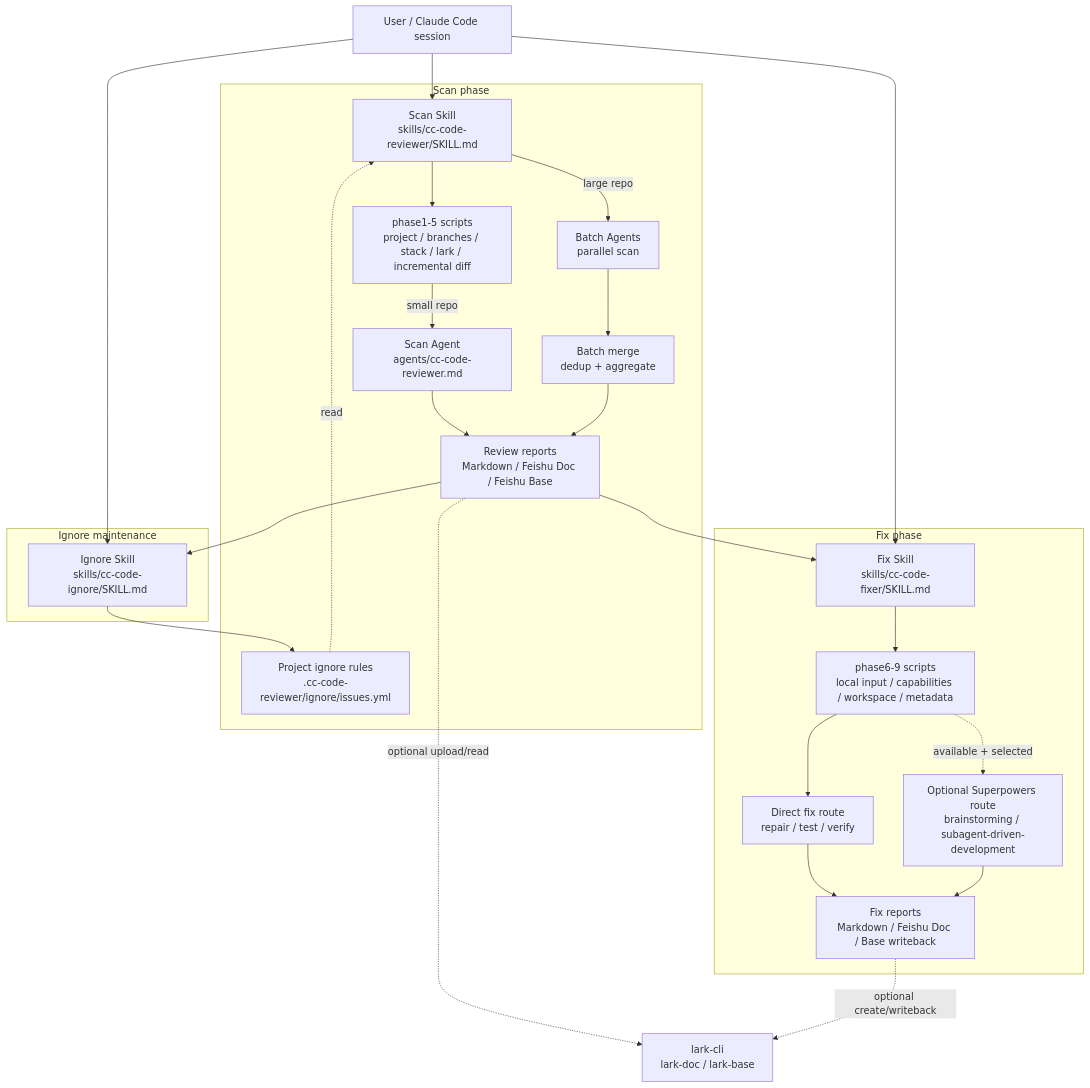
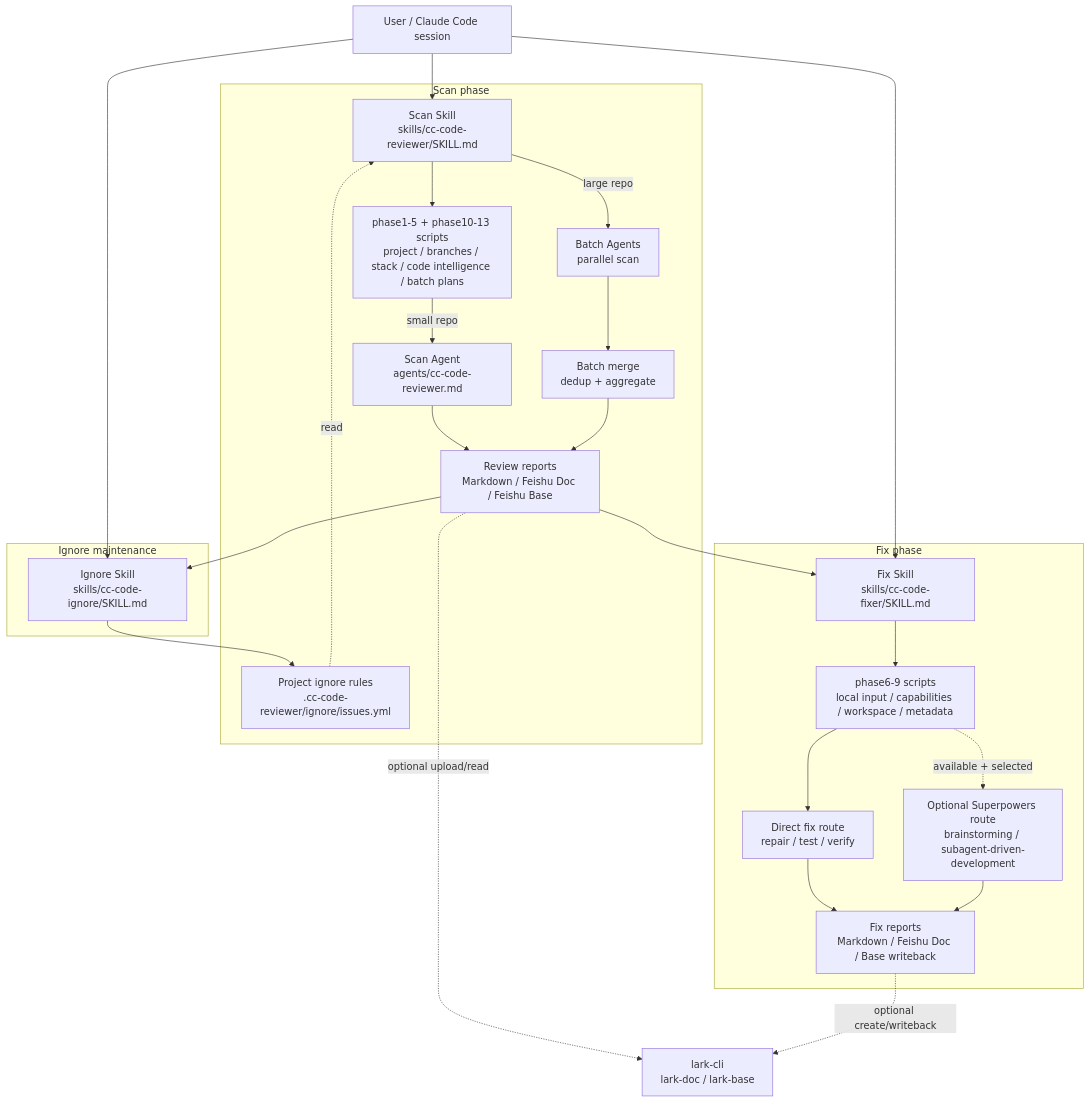
The diagram in AGENTS.md (ataskite/cc-code-reviewer), drawn with Mermaid before and after one commit. The commit also changed other lines of this file and 18 other files, not shown here.

````diff
--- a/AGENTS.md
+++ b/AGENTS.md
@@ -15,45 +15,45 @@
 ```mermaid
 flowchart TD
     User["User / Claude Code session"]
     ReviewSkill["Scan Skill<br/>skills/cc-code-reviewer/SKILL.md"]
     IgnoreSkill["Ignore Skill<br/>skills/cc-code-ignore/SKILL.md"]
     IgnoreRules["Project ignore rules<br/>.cc-code-reviewer/ignore/issues.yml"]
     FixSkill["Fix Skill<br/>skills/cc-code-fixer/SKILL.md"]
     ReviewAgent["Scan Agent<br/>agents/cc-code-reviewer.md"]
     Reports["Review reports<br/>Markdown / Feishu Doc / Feishu Base"]
     FixReports["Fix reports<br/>Markdown / Feishu Doc / Base writeback"]
     Lark["lark-cli<br/>lark-doc / lark-base"]
     DirectFix["Direct fix route<br/>repair / test / verify"]
     OptionalSuperpowers["Optional Superpowers route<br/>brainstorming / subagent-driven-development"]
 
     subgraph ScanPhase["Scan phase"]
-      ReviewSkill --> ScanScripts["phase1-5 scripts<br/>project / branches / stack / lark / incremental diff"]
+      ReviewSkill --> ScanScripts["phase1-5 + phase10-13 scripts<br/>project / branches / stack / code intelligence / batch plans"]
       IgnoreRules -.read.-> ReviewSkill
       ScanScripts -->|"small repo"| ReviewAgent
       ReviewAgent --> Reports
       BatchMerge["Batch merge<br/>dedup + aggregate"]
       ReviewSkill -->|"large repo"| BatchAgents["Batch Agents<br/>parallel scan"]
       BatchAgents --> BatchMerge
       BatchMerge --> Reports
     end
 
     subgraph IgnorePhase["Ignore maintenance"]
       Reports --> IgnoreSkill
       IgnoreSkill --> IgnoreRules
     end
 
     subgraph FixPhase["Fix phase"]
       Reports --> FixSkill
       FixSkill --> FixScripts["phase6-9 scripts<br/>local input / capabilities / workspace / metadata"]
       FixScripts --> DirectFix
       FixScripts -.available + selected.-> OptionalSuperpowers
       DirectFix --> FixReports
       OptionalSuperpowers --> FixReports
     end
 
     User --> ReviewSkill
     User --> IgnoreSkill
     User --> FixSkill
     Reports -.optional upload/read.-> Lark
     FixReports -.optional create/writeback.-> Lark
 ```
````
